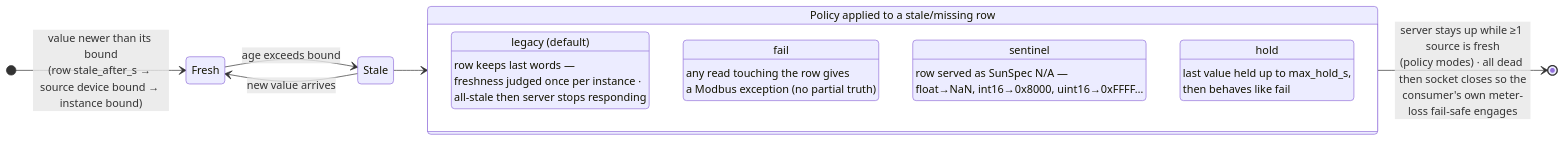
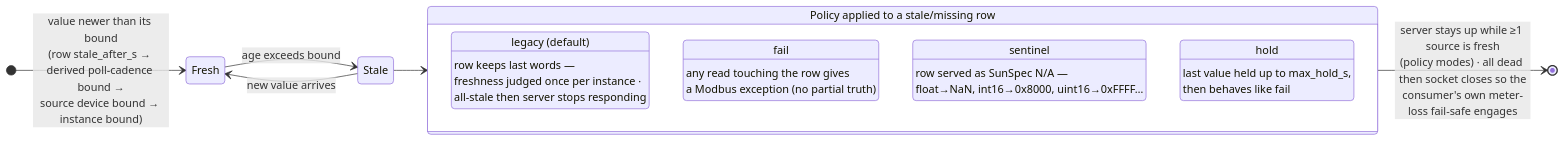
Before and after one commit to sm26449/multi-bus-gateway: the third of 4 diagrams in docs/architecture.md, drawn with Mermaid. The commit also changed other lines of this file and 10 other files, not shown here.

````diff
--- a/docs/architecture.md
+++ b/docs/architecture.md
@@ -215,22 +347,22 @@
 ```mermaid
 stateDiagram-v2
     direction LR
-    [*] --> Fresh : value newer than its bound<br/>(row stale_after_s → source device bound → instance bound)
+    [*] --> Fresh : value newer than its bound<br/>(row stale_after_s → derived poll-cadence bound →<br/>source device bound → instance bound)
 
     Fresh --> Stale : age exceeds bound
     Stale --> Fresh : new value arrives
 
     state "Policy applied to a stale/missing row" as P {
         state "legacy (default)" as L
         state "fail" as F
         state "sentinel" as S
         state "hold" as H
         L : row keeps last words —<br/>freshness judged once per instance ·<br/>all-stale then server stops responding
         F : any read touching the row gives<br/>a Modbus exception (no partial truth)
         S : row served as SunSpec N/A —<br/>float→NaN, int16→0x8000, uint16→0xFFFF…
         H : last value held up to max_hold_s,<br/>then behaves like fail
     }
 
     Stale --> P
     P --> [*] : server stays up while ≥1 source is fresh<br/>(policy modes) · all dead then socket closes so the<br/>consumer's own meter-loss fail-safe engages
 ```
````
